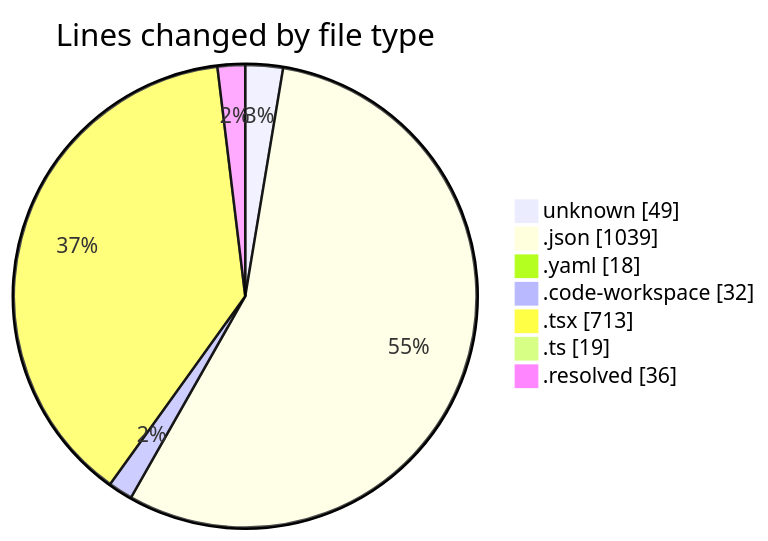
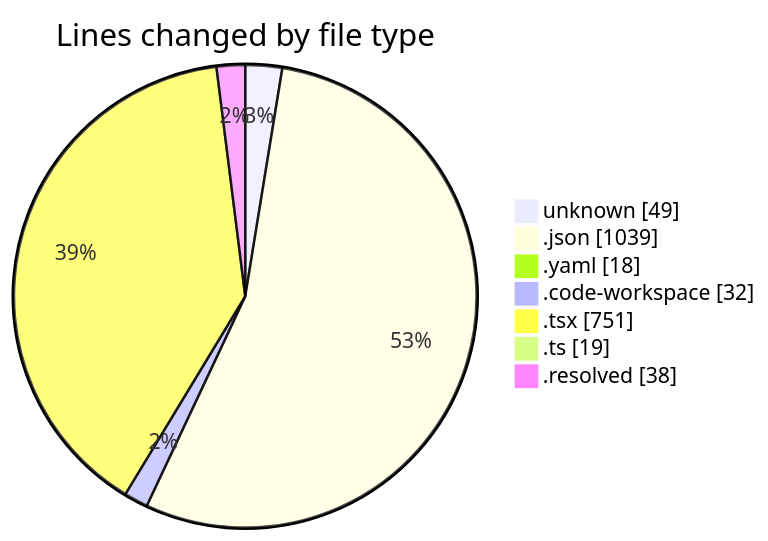
The first of 2 diagrams in 2026-03-04/shadcn-admin-kit-main__workspace_/README.md (jadenblack/code-tracking), drawn with Mermaid before and after one commit. The commit also changed other lines of this file and 1 other file, not shown here.

````diff
--- a/2026-03-04/shadcn-admin-kit-main__workspace_/README.md
+++ b/2026-03-04/shadcn-admin-kit-main__workspace_/README.md
@@ -48,11 +48,11 @@
 ```mermaid
 pie showData
 title Lines changed by file type
 "unknown" : 49
 ".json" : 1039
 ".yaml" : 18
 ".code-workspace" : 32
-".tsx" : 713
+".tsx" : 751
 ".ts" : 19
-".resolved" : 36
+".resolved" : 38
 ```
````
